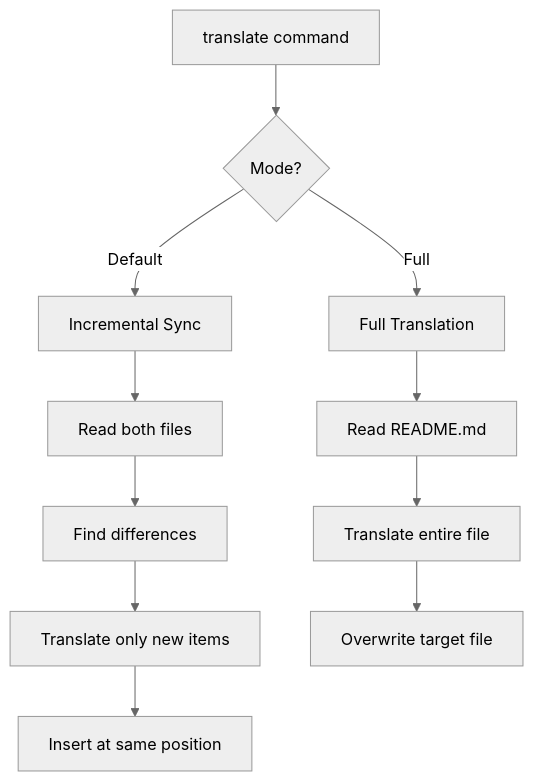
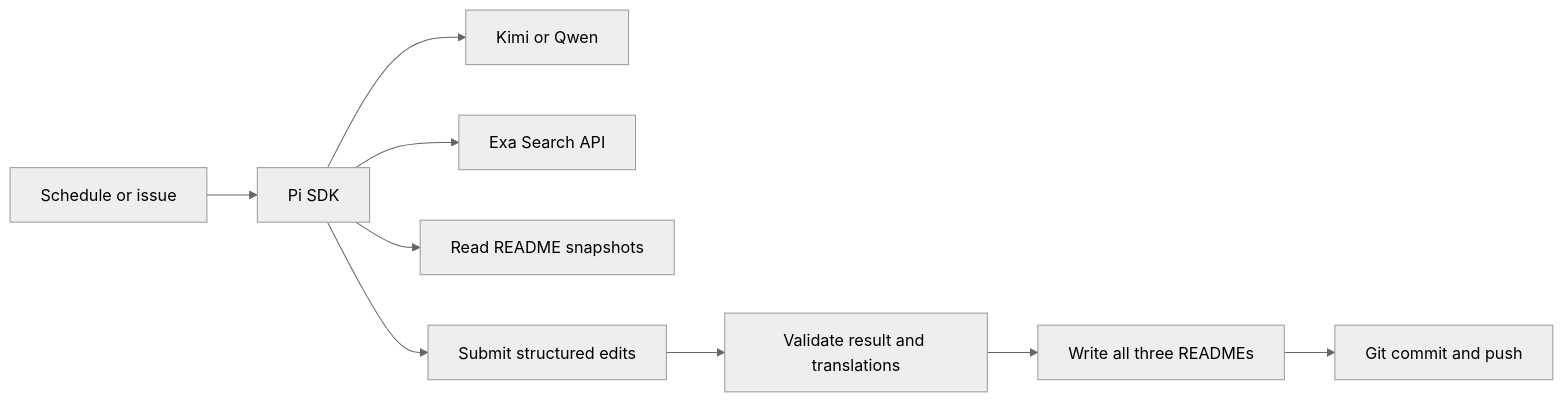
One commit to roboco-io/awesome-vibecoding changed the diagram in docs/automation.md. Above: the diagram before and after it, drawn with Mermaid (neutral theme). The commit also changed other lines of this file and 10 other files, not shown here.

````diff
--- a/docs/automation.md
+++ b/docs/automation.md
@@ -129,15 +59,11 @@
 ```mermaid
-flowchart TB
-    A[translate command] --> B{Mode?}
-
-    B -->|Default| C[Incremental Sync]
-    C --> C1[Read both files]
-    C1 --> C2[Find differences]
-    C2 --> C3[Translate only new items]
-    C3 --> C4[Insert at same position]
-
-    B -->|Full| D[Full Translation]
-    D --> D1[Read README.md]
-    D1 --> D2[Translate entire file]
-    D2 --> D3[Overwrite target file]
+flowchart LR
+    TRIGGER[Schedule or issue] --> PI[Pi SDK]
+    PI --> MODEL[Kimi or Qwen]
+    PI --> EXA[Exa Search API]
+    PI --> READ[Read README snapshots]
+    PI --> PROPOSAL[Submit structured edits]
+    PROPOSAL --> CHECK[Validate result and translations]
+    CHECK --> WRITE[Write all three READMEs]
+    WRITE --> COMMIT[Git commit and push]
 ```
````
